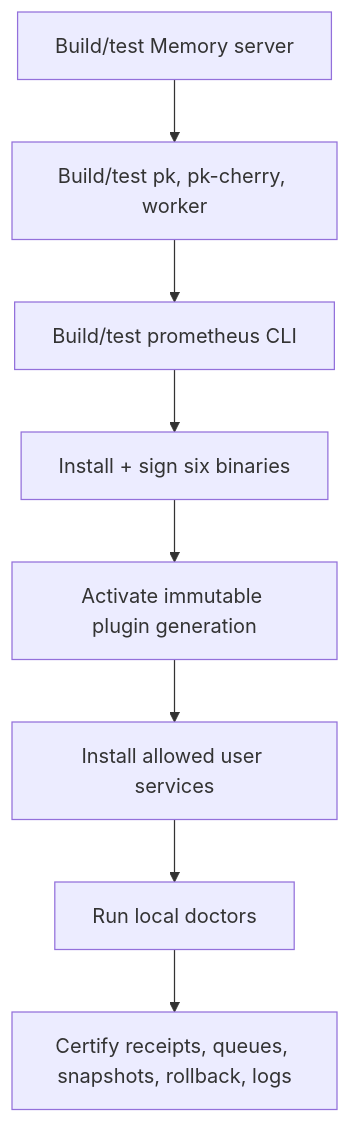
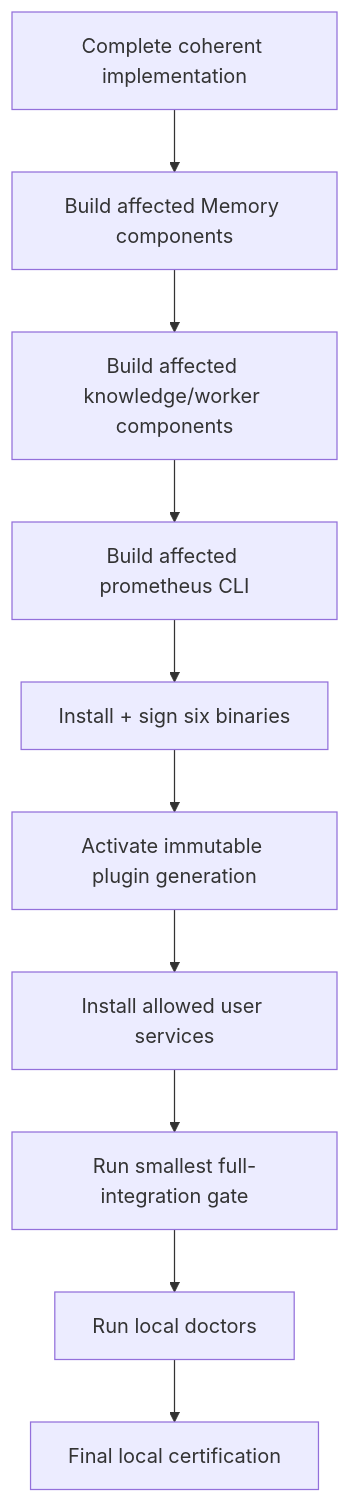
The diagram in docs/guide/19-installation.md (Prometheus-AGS/prometheus-skill-system), drawn with Mermaid before and after one commit. The commit also changed other lines of this file and 12 other files, not shown here.

````diff
--- a/docs/guide/19-installation.md
+++ b/docs/guide/19-installation.md
@@ -68,10 +73,12 @@
 ```mermaid
 flowchart TD
-  Server["Build/test Memory server"] --> Knowledge["Build/test pk, pk-cherry, worker"]
-  Knowledge --> Root["Build/test prometheus CLI"]
+  Implement["Complete coherent implementation"] --> Server["Build affected Memory components"]
+  Server --> Knowledge["Build affected knowledge/worker components"]
+  Knowledge --> Root["Build affected prometheus CLI"]
   Root --> Binaries["Install + sign six binaries"]
   Binaries --> Plugin["Activate immutable plugin generation"]
   Plugin --> Services["Install allowed user services"]
-  Services --> Doctors["Run local doctors"]
-  Doctors --> Cert["Certify receipts, queues, snapshots, rollback, logs"]
+  Services --> Integration["Run smallest full-integration gate"]
+  Integration --> Doctors["Run local doctors"]
+  Doctors --> Cert["Final local certification"]
 ```
````
